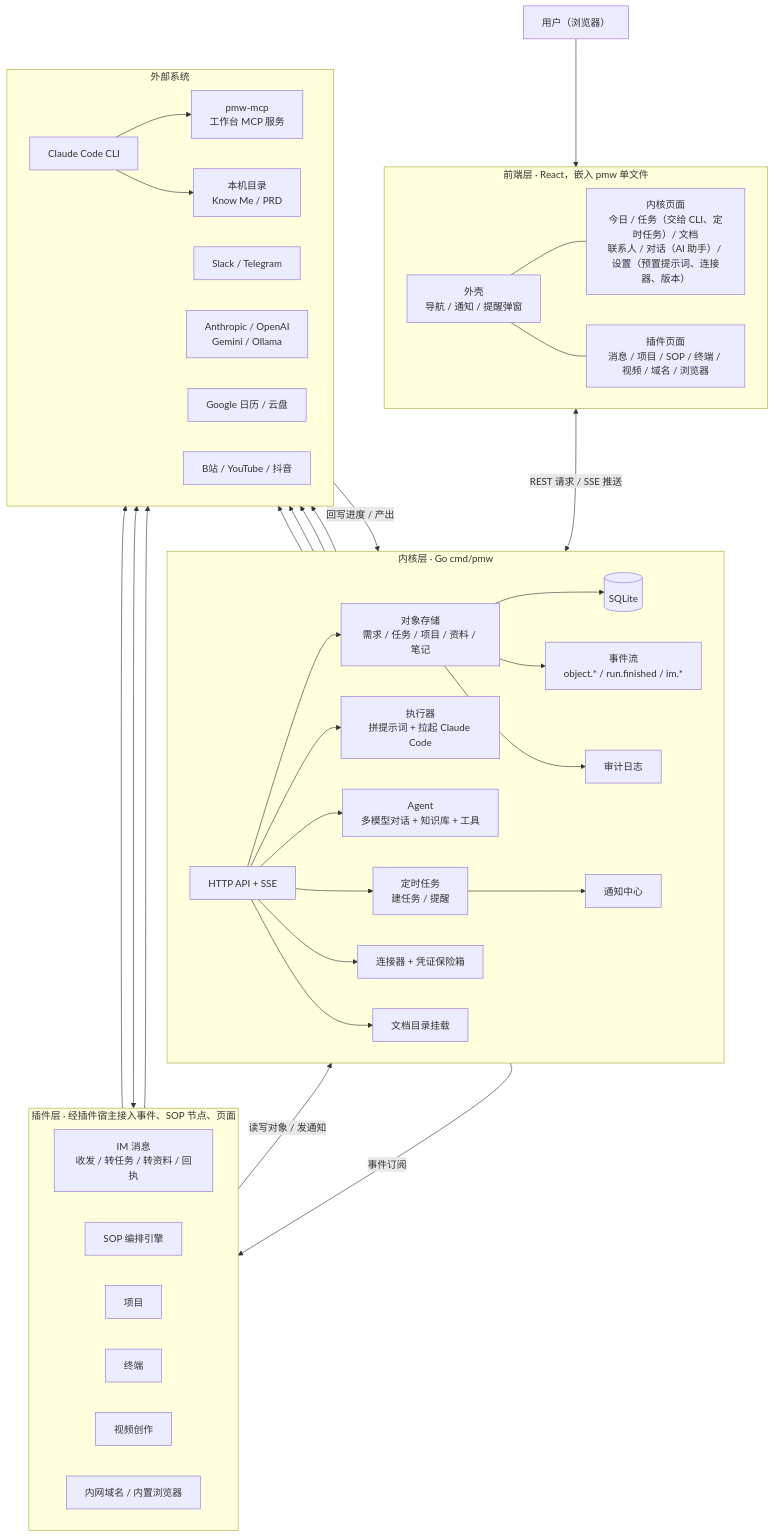
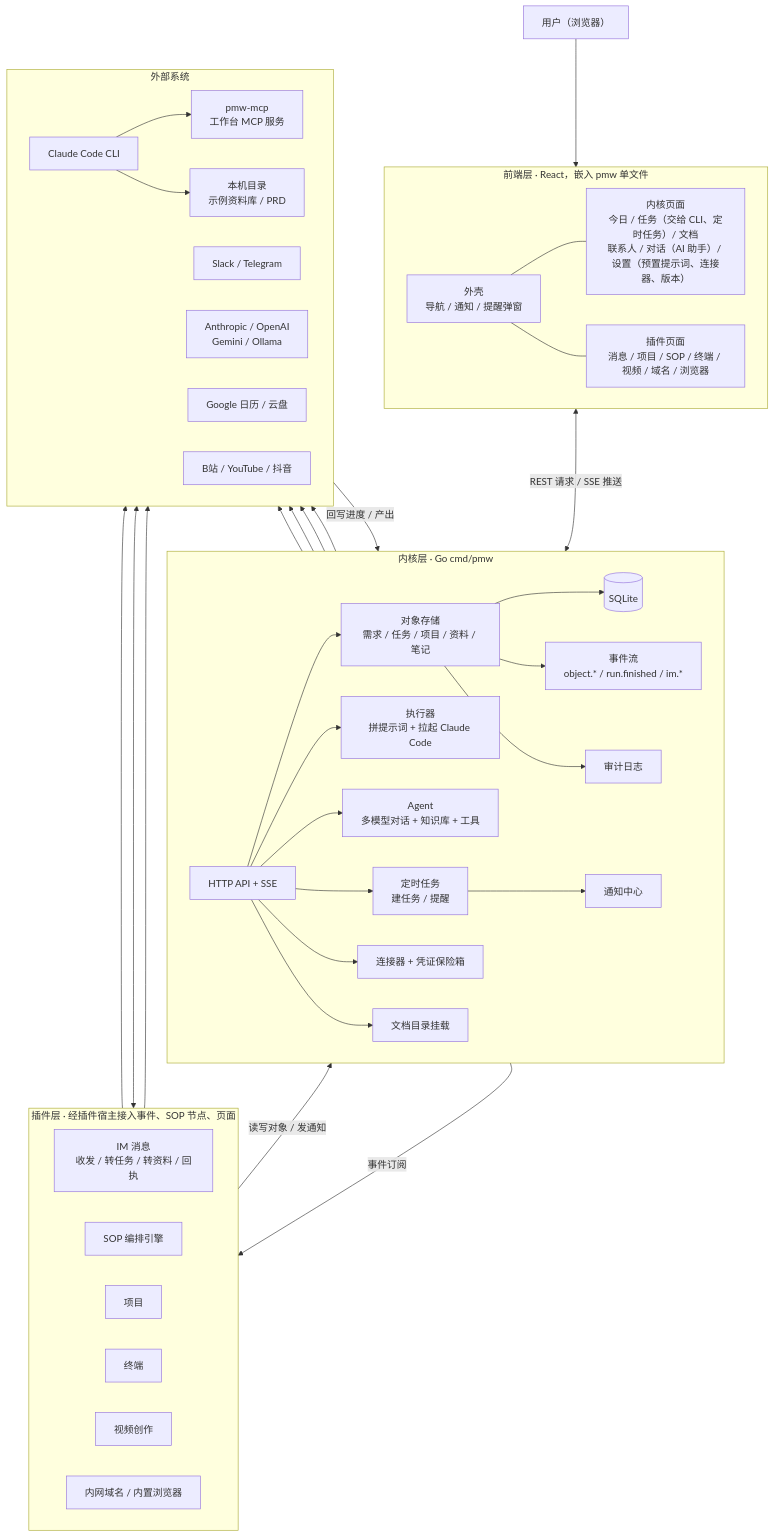
The diagram in docs/assets/system-overview-mmd-1.mmd (lizhao903/pm-workspace), drawn with Mermaid before and after one commit. The commit also changed 110 other files, not shown here.

```diff
--- a/docs/assets/system-overview-mmd-1.mmd
+++ b/docs/assets/system-overview-mmd-1.mmd
@@ -1,65 +1,65 @@
 graph TB
   U["用户（浏览器）"]
 
   subgraph FE["前端层 · React，嵌入 pmw 单文件"]
     direction LR
     SHELL["外壳<br/>导航 / 通知 / 提醒弹窗"]
     MODS["内核页面<br/>今日 / 任务（交给 CLI、定时任务）/ 文档<br/>联系人 / 对话（AI 助手）/ 设置（预置提示词、连接器、版本）"]
     PUI["插件页面<br/>消息 / 项目 / SOP / 终端 / 视频 / 域名 / 浏览器"]
   end
 
   subgraph CORE["内核层 · Go cmd/pmw"]
     direction LR
     API["HTTP API + SSE"]
     STORE["对象存储<br/>需求 / 任务 / 项目 / 资料 / 笔记"]
     EV["事件流<br/>object.* / run.finished / im.*"]
     RUN["执行器<br/>拼提示词 + 拉起 Claude Code"]
     AG["Agent<br/>多模型对话 + 知识库 + 工具"]
     SCH["定时任务<br/>建任务 / 提醒"]
     NT["通知中心"]
     CON["连接器 + 凭证保险箱"]
     DOCFS["文档目录挂载"]
     AU["审计日志"]
     DB[("SQLite")]
   end
 
   subgraph PL["插件层 · 经插件宿主接入事件、SOP 节点、页面"]
     direction LR
     IM["IM 消息<br/>收发 / 转任务 / 转资料 / 回执"]
     SOP["SOP 编排引擎"]
     PRJ["项目"]
     TERM["终端"]
     VID["视频创作"]
     DOM["内网域名 / 内置浏览器"]
   end
 
   subgraph EXT["外部系统"]
     direction LR
     CC["Claude Code CLI"]
     MCP["pmw-mcp<br/>工作台 MCP 服务"]
     IMX["Slack / Telegram"]
     LLM["Anthropic / OpenAI<br/>Gemini / Ollama"]
     GG["Google 日历 / 云盘"]
-    FS["本机目录<br/>Know Me / PRD"]
+    FS["本机目录<br/>示例资料库 / PRD"]
     VP["B站 / YouTube / 抖音"]
   end
 
   U --> SHELL
   SHELL --- MODS & PUI
   FE <-->|"REST 请求 / SSE 推送"| API
   API --> STORE & RUN & AG & SCH & CON & DOCFS
   STORE --> DB
   STORE --> EV
   STORE --> AU
   SCH --> NT
   EV -->|"事件订阅"| PL
   PL -->|"读写对象 / 发通知"| STORE
   RUN --> CC
   TERM --> CC
   CC --> MCP -->|"回写进度 / 产出"| API
   CC --> FS
   DOCFS --> FS
   AG --> LLM
   CON --> GG
   IM <--> IMX
   VID --> VP
```
